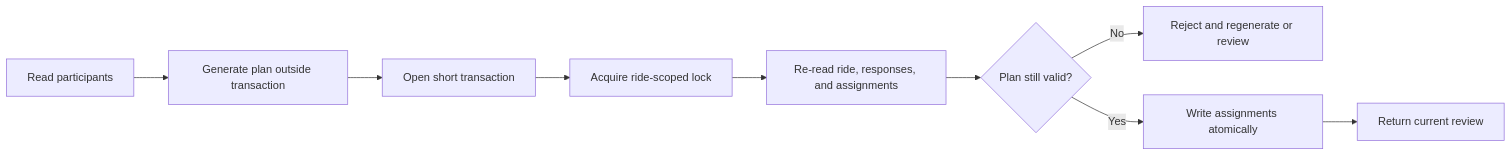
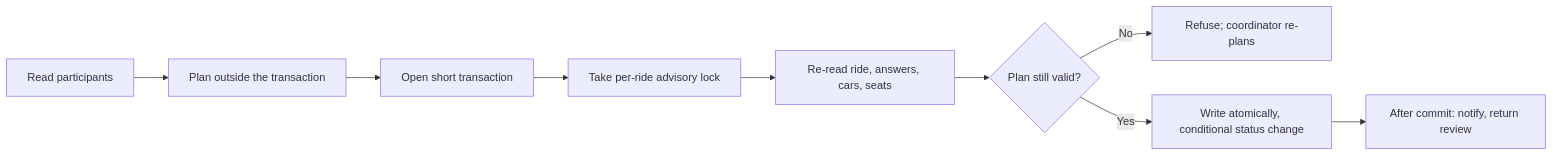
The diagram in docs/security-validation-and-testing.md (x8n-0/ridesmart-technical-case-study), drawn with Mermaid before and after one commit. The commit also changed other lines of this file and 6 other files, not shown here.

````diff
--- a/docs/security-validation-and-testing.md
+++ b/docs/security-validation-and-testing.md
@@ -38,11 +37,11 @@
 ```mermaid
 flowchart LR
-    A[Read participants] --> B[Generate plan outside transaction]
+    A[Read participants] --> B[Plan outside the transaction]
     B --> C[Open short transaction]
-    C --> D[Acquire ride-scoped lock]
-    D --> E[Re-read ride, responses, and assignments]
+    C --> D[Take per-ride advisory lock]
+    D --> E[Re-read ride, answers, cars, seats]
     E --> F{Plan still valid?}
-    F -- No --> G[Reject and regenerate or review]
-    F -- Yes --> H[Write assignments atomically]
-    H --> I[Return current review]
+    F -- No --> G[Refuse; coordinator re-plans]
+    F -- Yes --> H[Write atomically, conditional status change]
+    H --> I[After commit: notify, return review]
 ```
````
